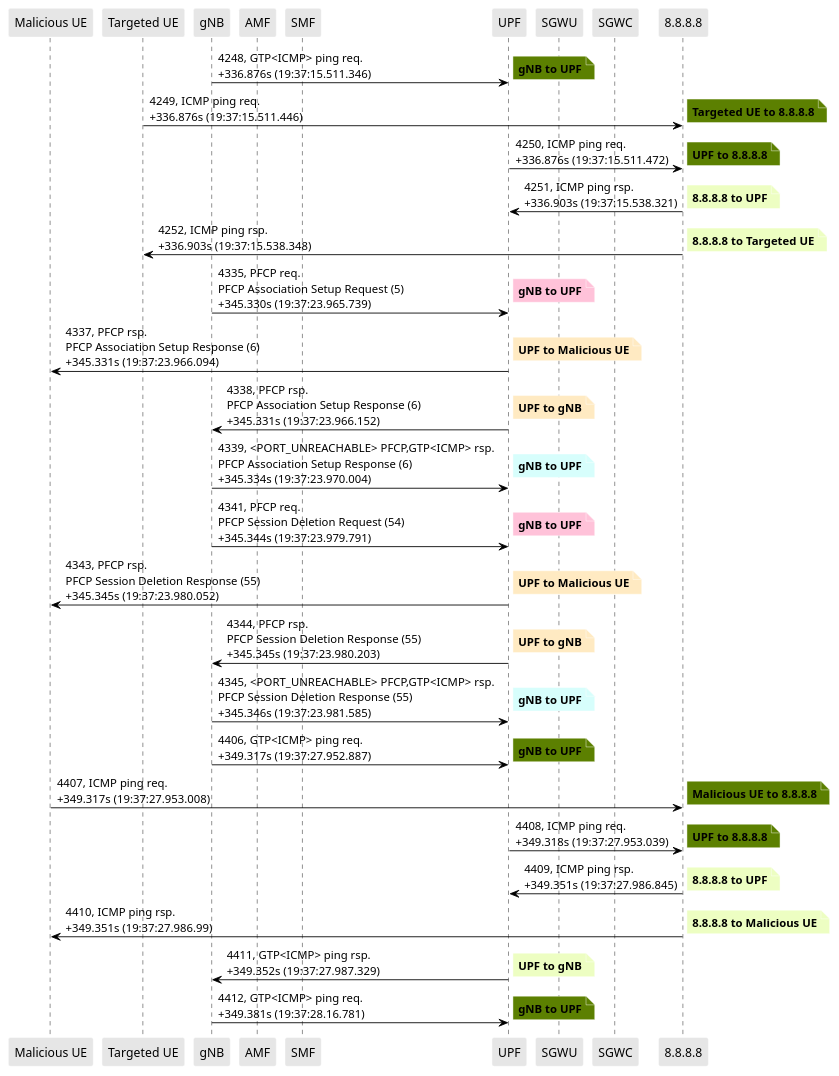
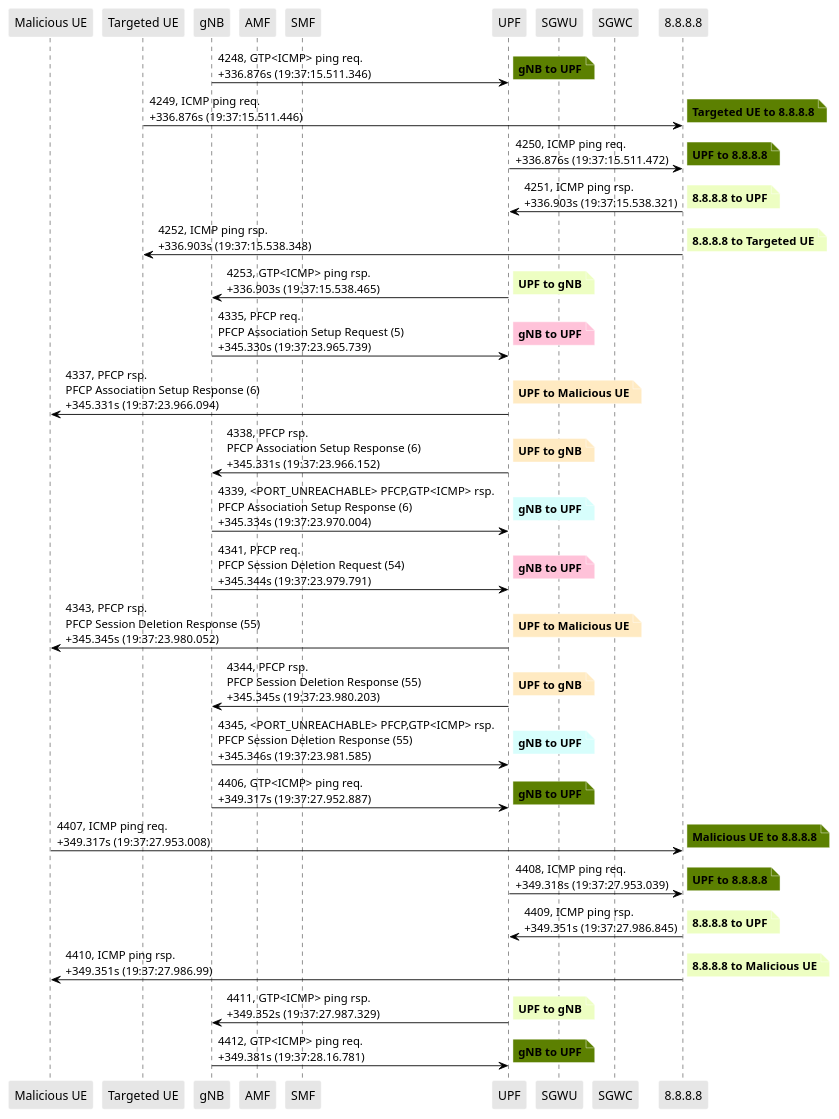
One commit to lilyhuegerich/5G changed the diagram in PCAPS/Core/targeted_delete_edited.puml. Above: the diagram before and after it, drawn with PlantUML. The commit also changed 1 other file, not shown here.

```diff
--- a/PCAPS/Core/targeted_delete_edited.puml
+++ b/PCAPS/Core/targeted_delete_edited.puml
@@ -1,143 +1,149 @@
 @startuml
 skinparam shadowing false
 skinparam NoteBorderColor white
 skinparam sequence {
     ArrowColor black
     LifeLineBorderColor black
     LifeLineBackgroundColor black
     ParticipantBorderColor white
     ParticipantBackgroundColor #e6e6e6
 }
 
 participant "Malicious UE"
 participant "Targeted UE"
 participant "gNB"
 participant "AMF"
 participant "SMF"
 participant "UPF"
 participant "SGWU"
 participant "SGWC"
 
 participant "8.8.8.8"
 
 "gNB" -> "UPF": 4248, GTP<ICMP> ping req.\n+336.876s (19:37:15.511.346)
 
 note right #5C8001
 **gNB to UPF**
 end note
 
 "Targeted UE" -> "8.8.8.8": 4249, ICMP ping req.\n+336.876s (19:37:15.511.446)
 
 note right #5C8001
 **Targeted UE to 8.8.8.8**
 end note
 
 "UPF" -> "8.8.8.8": 4250, ICMP ping req.\n+336.876s (19:37:15.511.472)
 
 note right #5C8001
 **UPF to 8.8.8.8**
 end note
 
 "8.8.8.8" -> "UPF": 4251, ICMP ping rsp.\n+336.903s (19:37:15.538.321)
 
 note right #EDFEC2
 **8.8.8.8 to UPF**
 end note
 
 "8.8.8.8" -> "Targeted UE": 4252, ICMP ping rsp.\n+336.903s (19:37:15.538.348)
 
 note right #EDFEC2
 **8.8.8.8 to Targeted UE**
+end note
+
+"UPF" -> "gNB": 4253, GTP<ICMP> ping rsp.\n+336.903s (19:37:15.538.465)
+
+note right #EDFEC2
+**UPF to gNB**
 end note
 
 "gNB" -> "UPF": 4335, PFCP req.\nPFCP Association Setup Request (5)\n+345.330s (19:37:23.965.739)
 
 note right #FFC2D9
 **gNB to UPF**
 end note
 
 "UPF" -> "Malicious UE": 4337, PFCP rsp.\nPFCP Association Setup Response (6)\n+345.331s (19:37:23.966.094)
 
 note right #FFEAC2
 **UPF to Malicious UE**
 end note
 
 "UPF" -> "gNB": 4338, PFCP rsp.\nPFCP Association Setup Response (6)\n+345.331s (19:37:23.966.152)
 
 note right #FFEAC2
 **UPF to gNB**
 end note
 
 "gNB" -> "UPF": 4339, <PORT_UNREACHABLE> PFCP,GTP<ICMP> rsp.\nPFCP Association Setup Response (6)\n+345.334s (19:37:23.970.004)
 
 note right #D7FEFC
 **gNB to UPF**
 end note
 
 "gNB" -> "UPF": 4341, PFCP req.\nPFCP Session Deletion Request (54)\n+345.344s (19:37:23.979.791)
 
 note right #FFC2D9
 **gNB to UPF**
 end note
 
 "UPF" -> "Malicious UE": 4343, PFCP rsp.\nPFCP Session Deletion Response (55)\n+345.345s (19:37:23.980.052)
 
 note right #FFEAC2
 **UPF to Malicious UE**
 end note
 
 "UPF" -> "gNB": 4344, PFCP rsp.\nPFCP Session Deletion Response (55)\n+345.345s (19:37:23.980.203)
 
 note right #FFEAC2
 **UPF to gNB**
 end note
 
 "gNB" -> "UPF": 4345, <PORT_UNREACHABLE> PFCP,GTP<ICMP> rsp.\nPFCP Session Deletion Response (55)\n+345.346s (19:37:23.981.585)
 
 note right #D7FEFC
 **gNB to UPF**
 end note
 
 "gNB" -> "UPF": 4406, GTP<ICMP> ping req.\n+349.317s (19:37:27.952.887)
 
 note right #5C8001
 **gNB to UPF**
 end note
 
 "Malicious UE" -> "8.8.8.8": 4407, ICMP ping req.\n+349.317s (19:37:27.953.008)
 
 note right #5C8001
 **Malicious UE to 8.8.8.8**
 end note
 
 "UPF" -> "8.8.8.8": 4408, ICMP ping req.\n+349.318s (19:37:27.953.039)
 
 note right #5C8001
 **UPF to 8.8.8.8**
 end note
 
 "8.8.8.8" -> "UPF": 4409, ICMP ping rsp.\n+349.351s (19:37:27.986.845)
 
 note right #EDFEC2
 **8.8.8.8 to UPF**
 end note
 
 "8.8.8.8" -> "Malicious UE": 4410, ICMP ping rsp.\n+349.351s (19:37:27.986.99)
 
 note right #EDFEC2
 **8.8.8.8 to Malicious UE**
 end note
 
 "UPF" -> "gNB": 4411, GTP<ICMP> ping rsp.\n+349.352s (19:37:27.987.329)
 
 note right #EDFEC2
 **UPF to gNB**
 end note
 
 "gNB" -> "UPF": 4412, GTP<ICMP> ping req.\n+349.381s (19:37:28.16.781)
 
 note right #5C8001
 **gNB to UPF**
 end note
 
 @enduml
```
